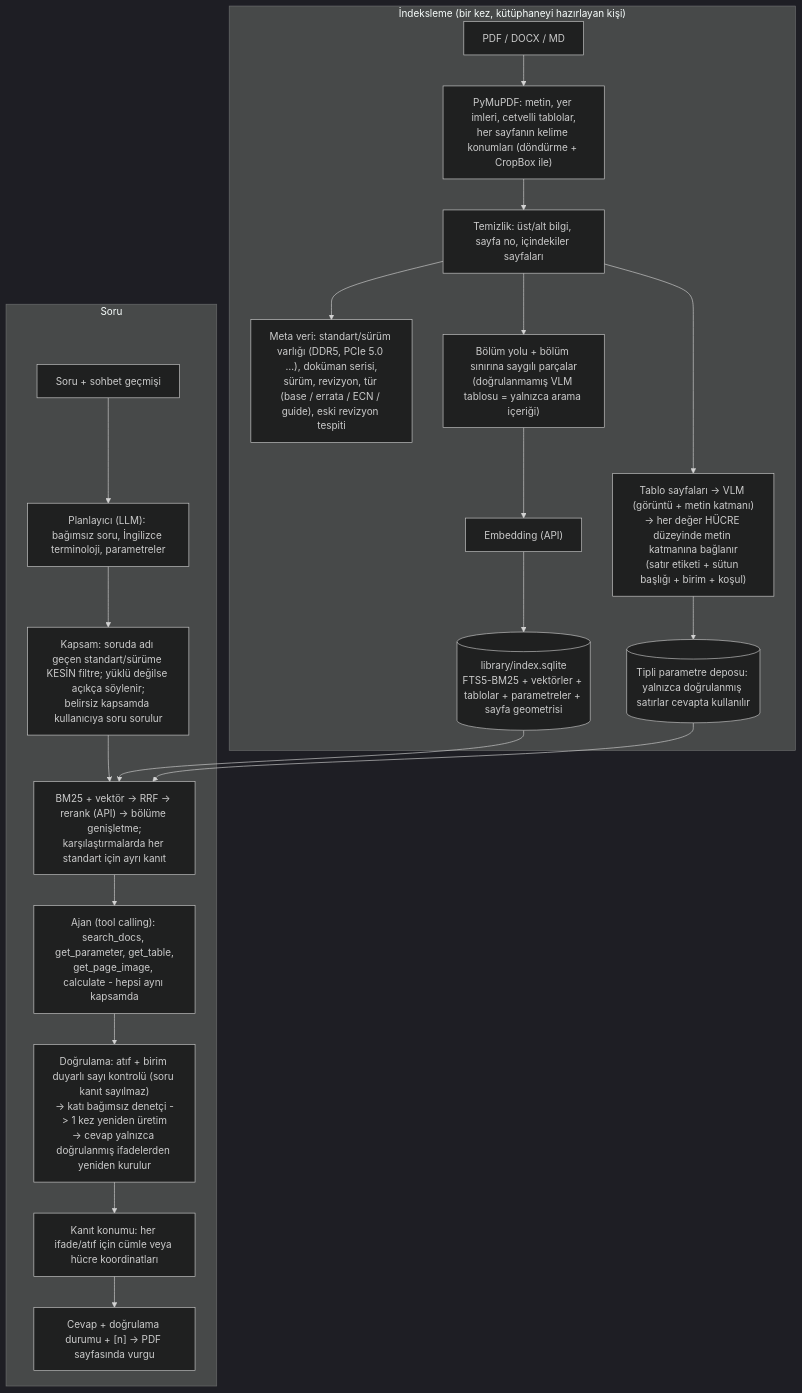
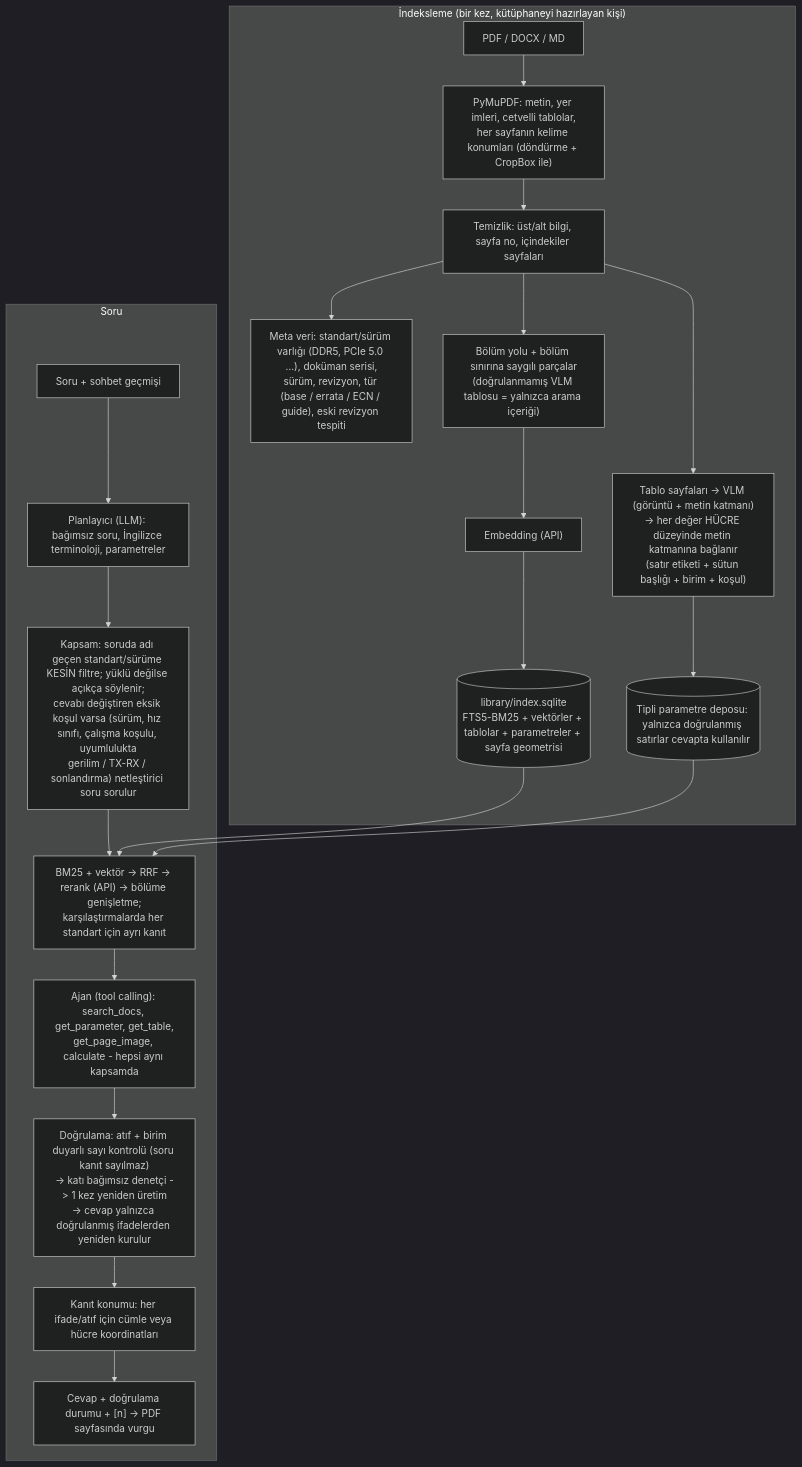
One commit to berkaytoptas12-commits/STU changed the diagram in README.md. Above: the diagram before and after it, drawn with Mermaid (dark theme). The commit also changed other lines of this file and 15 other files, not shown here.

````diff
--- a/README.md
+++ b/README.md
@@ -21,24 +21,24 @@
 ```mermaid
 flowchart TB
     subgraph Ingest["İndeksleme (bir kez, kütüphaneyi hazırlayan kişi)"]
         A["PDF / DOCX / MD"] --> B["PyMuPDF: metin, yer imleri, cetvelli tablolar,<br/>her sayfanın kelime konumları (döndürme + CropBox ile)"]
         B --> C["Temizlik: üst/alt bilgi, sayfa no, içindekiler sayfaları"]
         C --> M["Meta veri: standart/sürüm varlığı (DDR5, PCIe 5.0 …), doküman serisi,<br/>sürüm, revizyon, tür (base / errata / ECN / guide), eski revizyon tespiti"]
         C --> V["Tablo sayfaları -> VLM (görüntü + metin katmanı)<br/>-> her değer HÜCRE düzeyinde metin katmanına bağlanır<br/>(satır etiketi + sütun başlığı + birim + koşul)"]
         V --> P[("Tipli parametre deposu: yalnızca doğrulanmış satırlar cevapta kullanılır")]
         C --> D["Bölüm yolu + bölüm sınırına saygılı parçalar<br/>(doğrulanmamış VLM tablosu = yalnızca arama içeriği)"]
         D --> E["Embedding (API)"]
         E --> F[("library/index.sqlite<br/>FTS5-BM25 + vektörler + tablolar + parametreler + sayfa geometrisi")]
     end
     subgraph Ask["Soru"]
         Q["Soru + sohbet geçmişi"] --> PL["Planlayıcı (LLM): bağımsız soru, İngilizce terminoloji, parametreler"]
-        PL --> R["Kapsam: soruda adı geçen standart/sürüme KESİN filtre; yüklü değilse açıkça söylenir;<br/>belirsiz kapsamda kullanıcıya soru sorulur"]
+        PL --> R["Kapsam: soruda adı geçen standart/sürüme KESİN filtre; yüklü değilse açıkça söylenir;<br/>cevabı değiştiren eksik koşul varsa (sürüm, hız sınıfı, çalışma koşulu, uyumlulukta<br/>gerilim / TX-RX / sonlandırma) netleştirici soru sorulur"]
         R --> S["BM25 + vektör -> RRF -> rerank (API) -> bölüme genişletme;<br/>karşılaştırmalarda her standart için ayrı kanıt"]
         F --> S
         P --> S
         S --> AG["Ajan (tool calling): search_docs, get_parameter, get_table,<br/>get_page_image, calculate - hepsi aynı kapsamda"]
         AG --> VE["Doğrulama: atıf + birim duyarlı sayı kontrolü (soru kanıt sayılmaz)<br/>-> katı bağımsız denetçi -> 1 kez yeniden üretim<br/>-> cevap yalnızca doğrulanmış ifadelerden yeniden kurulur"]
         VE --> L["Kanıt konumu: her ifade/atıf için cümle veya hücre koordinatları"]
         L --> X["Cevap + doğrulama durumu + [n] -> PDF sayfasında vurgu"]
     end
 ```
````
